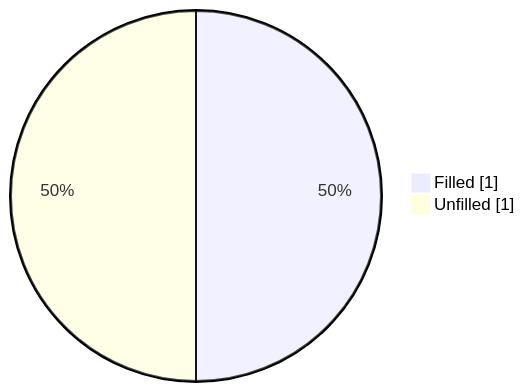
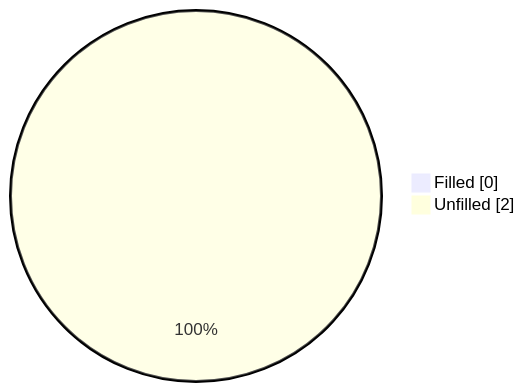
Before and after one commit to Chieko-Y/my-spec-generator: the first of 2 diagrams in workspace/subaru/outback-2026/ivi/published/audio/README.md, drawn with Mermaid. The commit also changed other lines of this file and 477 other files, not shown here.

````diff
--- a/workspace/subaru/outback-2026/ivi/published/audio/README.md
+++ b/workspace/subaru/outback-2026/ivi/published/audio/README.md
@@ -17,5 +17,5 @@
 ```mermaid
 pie showData
-    "Filled" : 1
-    "Unfilled" : 1
+    "Filled" : 0
+    "Unfilled" : 2
 ```
````
